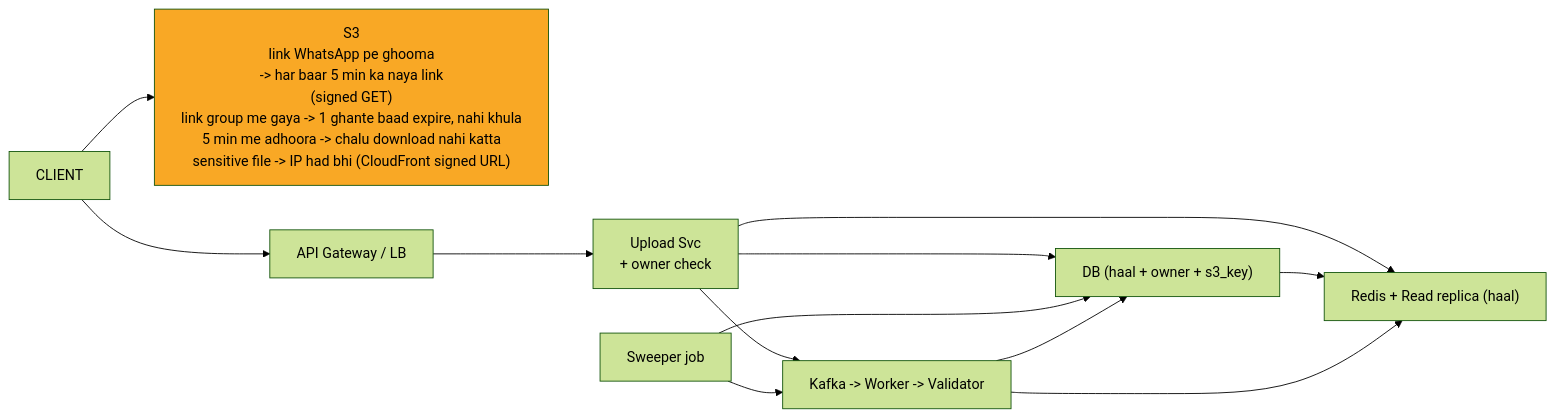
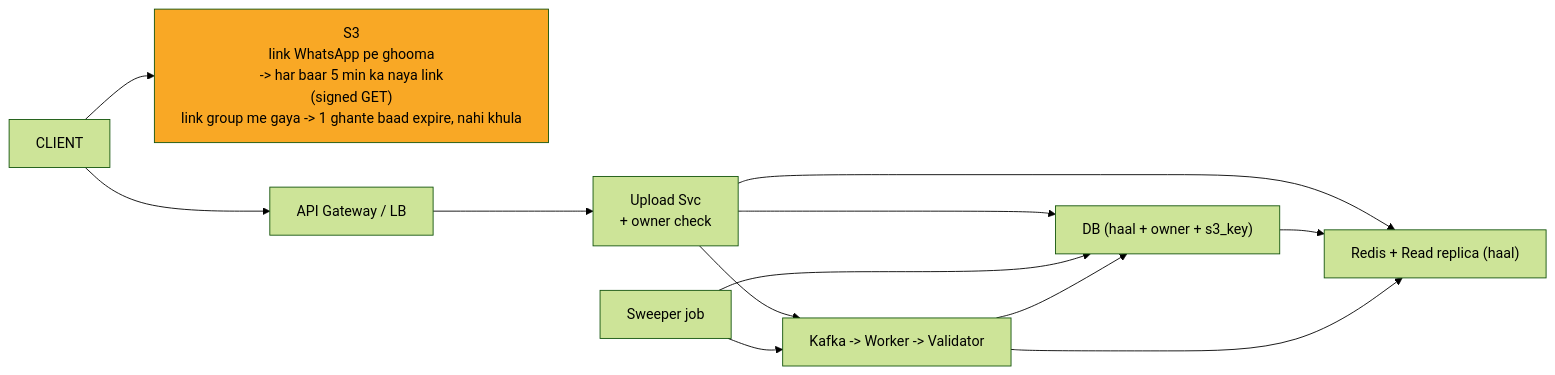
Before and after one commit to ArpanMaheshwari144/Prep: the ninth of 11 diagrams in 04_HLD/SYSTEM_DESIGNS/07_file_upload_validate_system/07_file_upload_INTERVIEW.md, drawn with Mermaid (forest theme). The commit also changed other lines of this file and 13 other files, not shown here.

````diff
--- a/04_HLD/SYSTEM_DESIGNS/07_file_upload_validate_system/07_file_upload_INTERVIEW.md
+++ b/04_HLD/SYSTEM_DESIGNS/07_file_upload_validate_system/07_file_upload_INTERVIEW.md
@@ -389,24 +389,24 @@
 ```mermaid
 %%{init: {"flowchart": {"wrappingWidth": 450}}}%%
 flowchart LR
     n_CLIENT["CLIENT"]
-    n_S3["S3<br/>link WhatsApp pe ghooma<br/>-> har baar 5 min ka naya link<br/>(signed GET)<br/>link group me gaya -> 1 ghante baad expire, nahi khula<br/>5 min me adhoora -> chalu download nahi katta<br/>sensitive file -> IP had bhi (CloudFront signed URL)"]
+    n_S3["S3<br/>link WhatsApp pe ghooma<br/>-> har baar 5 min ka naya link<br/>(signed GET)<br/>link group me gaya -> 1 ghante baad expire, nahi khula"]
     n_API_Gateway_LB["API Gateway / LB"]
     n_Upload_Svc["Upload Svc<br/>+ owner check"]
     n_RC["Redis + Read replica (haal)"]
     n_DB["DB (haal + owner + s3_key)"]
     n_Sweeper_job["Sweeper job"]
     n_CHAIN["Kafka -> Worker -> Validator"]
     n_CLIENT --> n_S3
     n_CLIENT --> n_API_Gateway_LB
     n_API_Gateway_LB --> n_Upload_Svc
     n_Upload_Svc --> n_RC
     n_Upload_Svc --> n_DB
     n_DB --> n_RC
     n_Upload_Svc --> n_CHAIN
     n_Sweeper_job --> n_DB
     n_Sweeper_job --> n_CHAIN
     n_CHAIN --> n_DB
     n_CHAIN --> n_RC
     style n_S3 fill:#f9a825,color:#000
 ```
````
